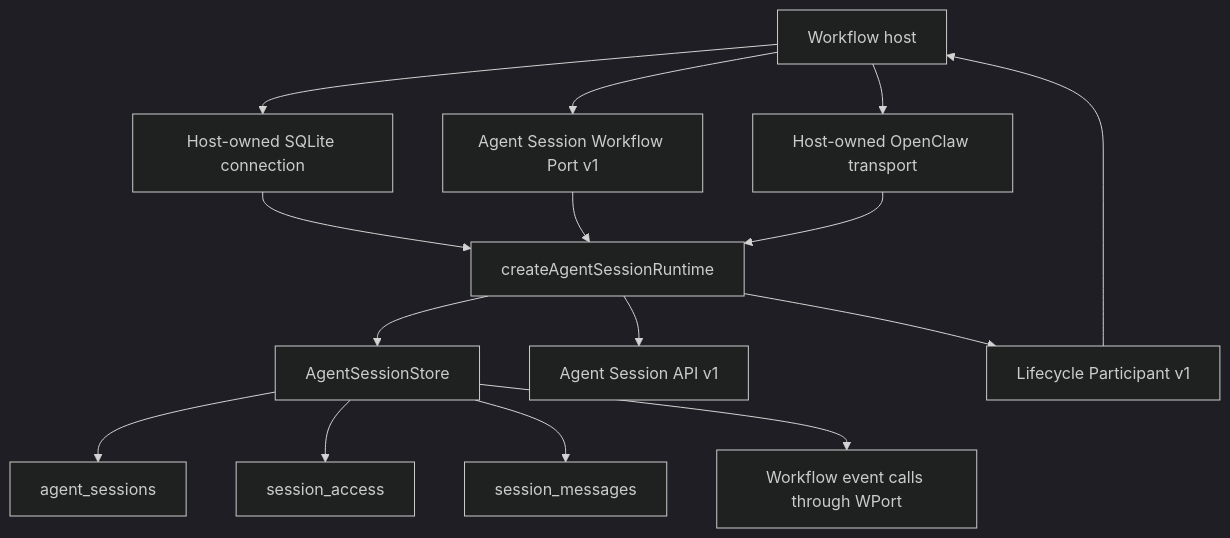
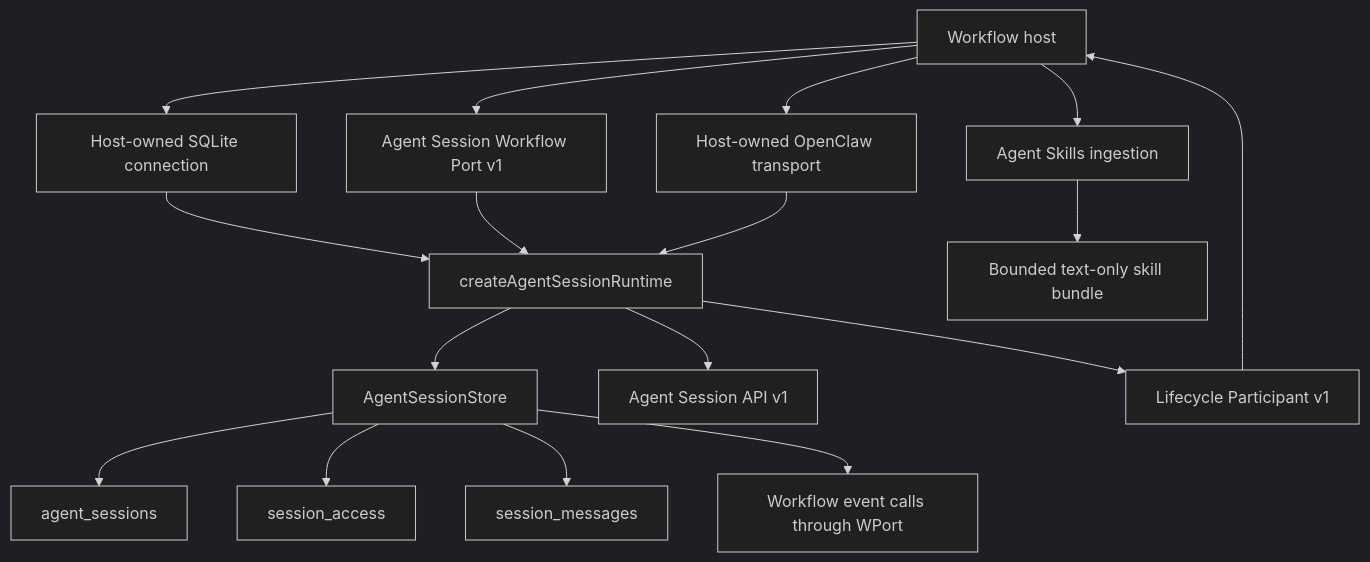
One commit to nplongx/agent-runtime changed the diagram in docs/architecture.md. Above: the diagram before and after it, drawn with Mermaid (dark theme). The commit also changed other lines of this file and 13 other files, not shown here.

Commit message:
feat: extract bounded agent skills ingestion

```diff
--- a/docs/architecture.md
+++ b/docs/architecture.md
@@ -11,17 +11,19 @@
 ~~~mermaid
 flowchart TD
   Host[Workflow host] --> DB[Host-owned SQLite connection]
   Host --> WPort[Agent Session Workflow Port v1]
   DB --> Runtime[createAgentSessionRuntime]
   WPort --> Runtime
   Runtime --> Store[AgentSessionStore]
   Store --> Sessions[agent_sessions]
   Store --> ACL[session_access]
   Store --> Queue[session_messages]
   Store --> Events[Workflow event calls through WPort]
   Host --> Transport[Host-owned OpenClaw transport]
   Transport --> Runtime
   Runtime --> API[Agent Session API v1]
   Runtime --> Lifecycle[Lifecycle Participant v1]
   Lifecycle --> Host
+  Host --> Skills[Agent Skills ingestion]
+  Skills --> Bundle[Bounded text-only skill bundle]
 ~~~
```
